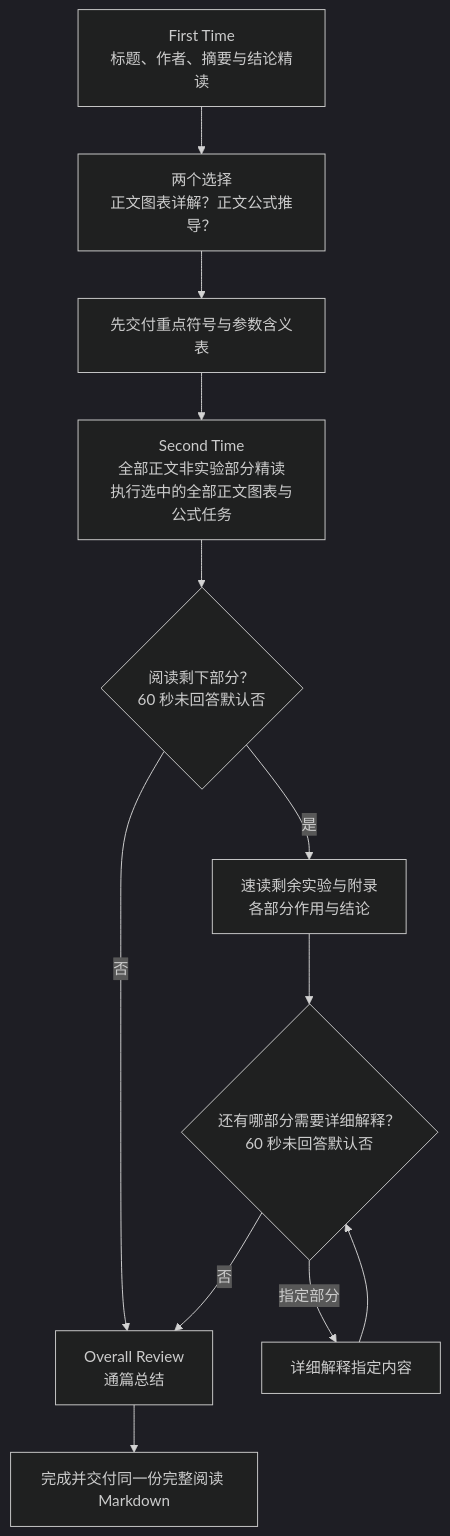
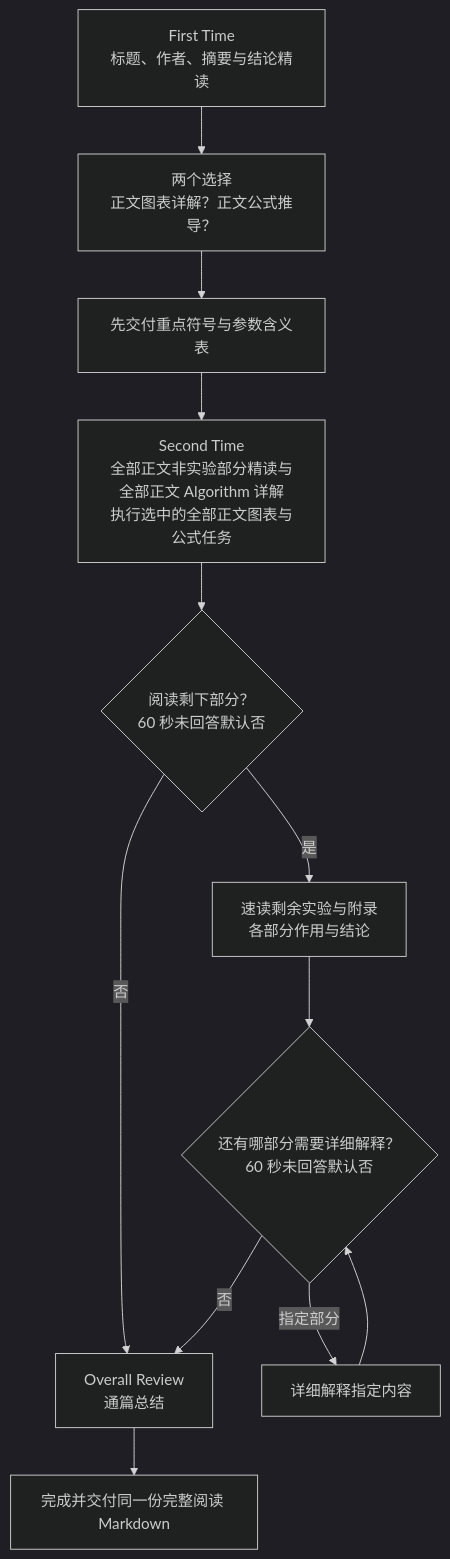
One commit to Noahxie83/staged-paper-reading changed the diagram in skills/staged-paper-reading/SKILL.md. Above: the diagram before and after it, drawn with Mermaid (dark theme). The commit also changed other lines of this file and 6 other files, not shown here.

````diff
--- a/skills/staged-paper-reading/SKILL.md
+++ b/skills/staged-paper-reading/SKILL.md
@@ -79,14 +80,14 @@
 ```mermaid
 flowchart TD
     A["First Time<br/>标题、作者、摘要与结论精读"] --> Q["两个选择<br/>正文图表详解？正文公式推导？"]
     Q --> S["先交付重点符号与参数含义表"]
-    S --> B["Second Time<br/>全部正文非实验部分精读<br/>执行选中的全部正文图表与公式任务"]
+    S --> B["Second Time<br/>全部正文非实验部分精读与全部正文 Algorithm 详解<br/>执行选中的全部正文图表与公式任务"]
     B --> R{"阅读剩下部分？<br/>60 秒未回答默认否"}
     R -->|否| D["Overall Review<br/>通篇总结"]
     R -->|是| C["速读剩余实验与附录<br/>各部分作用与结论"]
     C --> E{"还有哪部分需要详细解释？<br/>60 秒未回答默认否"}
     E -->|指定部分| F["详细解释指定内容"]
     F --> E
     E -->|否| D
     D --> N["完成并交付同一份完整阅读 Markdown"]
 ```
````
